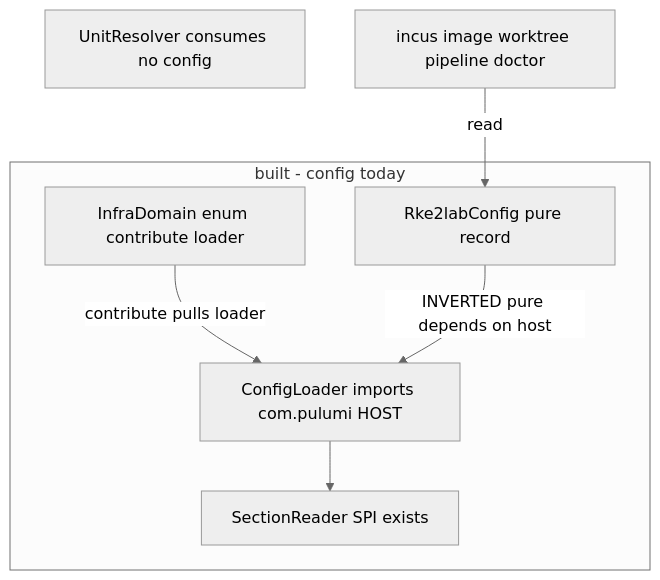
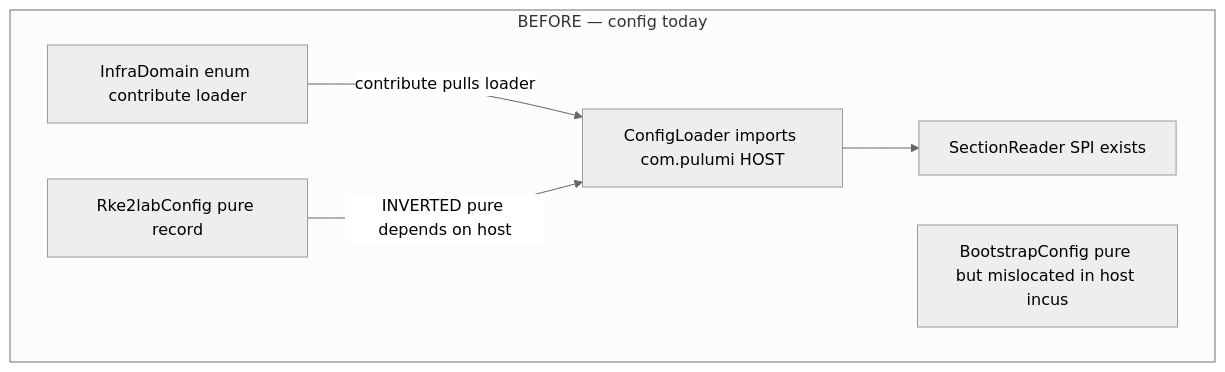
One commit to nxmatic/rke2lab changed the fourth of 5 diagrams in wip/specs/2026-06-17-config-bundle-host-contract-design.adoc. Above: the diagram before and after it, drawn with Mermaid (neutral theme). The commit also changed other lines of this file, not shown here.

First line of the commit message:
docs(step2): rewrite config spec to the 4-plane OSGi model

```diff
--- a/wip/specs/2026-06-17-config-bundle-host-contract-design.adoc
+++ b/wip/specs/2026-06-17-config-bundle-host-contract-design.adoc
@@ -117,16 +295,14 @@
 [mermaid]
 ....
 flowchart TB
-  subgraph "built - config today"
+  subgraph "BEFORE — config today"
     rke2b["Rke2labConfig pure record"]
     loaderb["ConfigLoader imports com.pulumi HOST"]
     spib["SectionReader SPI exists"]
     domainb["InfraDomain enum contribute loader"]
+    bcb["BootstrapConfig pure but mislocated in host incus"]
+    domainb -->|contribute pulls loader| loaderb
+    rke2b -->|INVERTED pure depends on host| loaderb
+    loaderb --> spib
   end
-  resolverb["UnitResolver consumes no config"]
-  bundlesb["incus image worktree pipeline doctor"]
-  domainb -->|contribute pulls loader| loaderb
-  rke2b -->|INVERTED pure depends on host| loaderb
-  loaderb --> spib
-  bundlesb -->|read| rke2b
 ....
```
